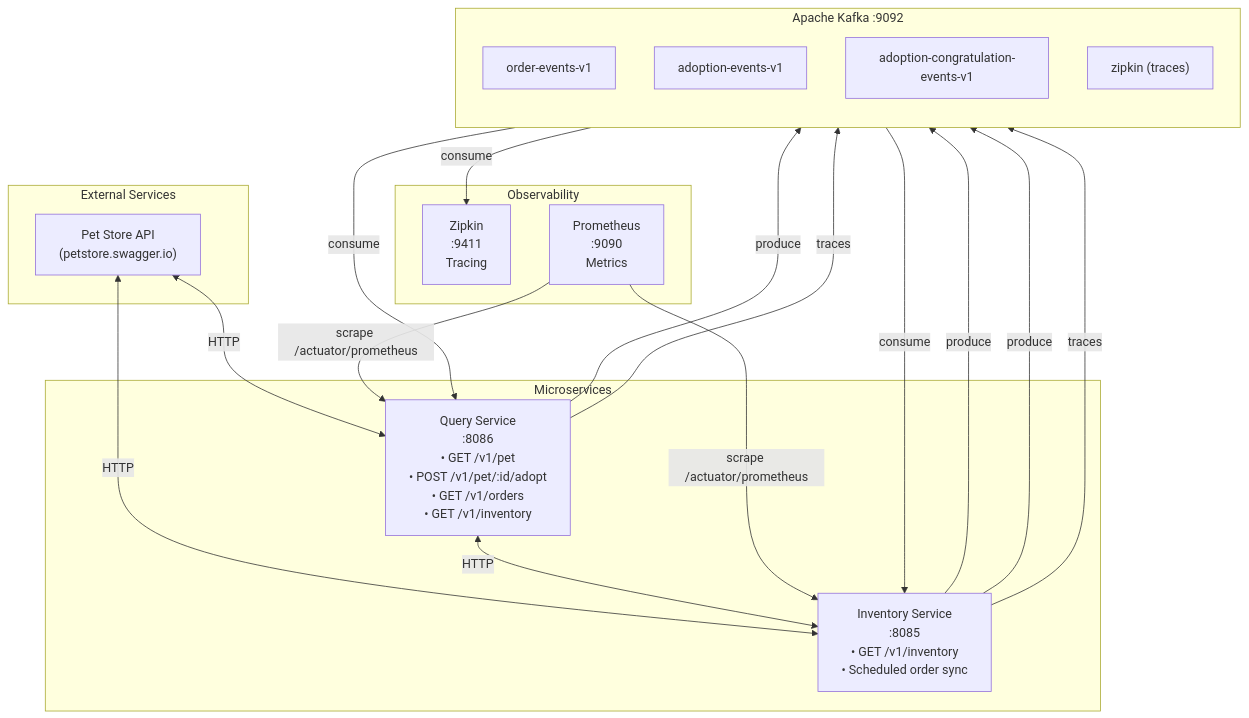
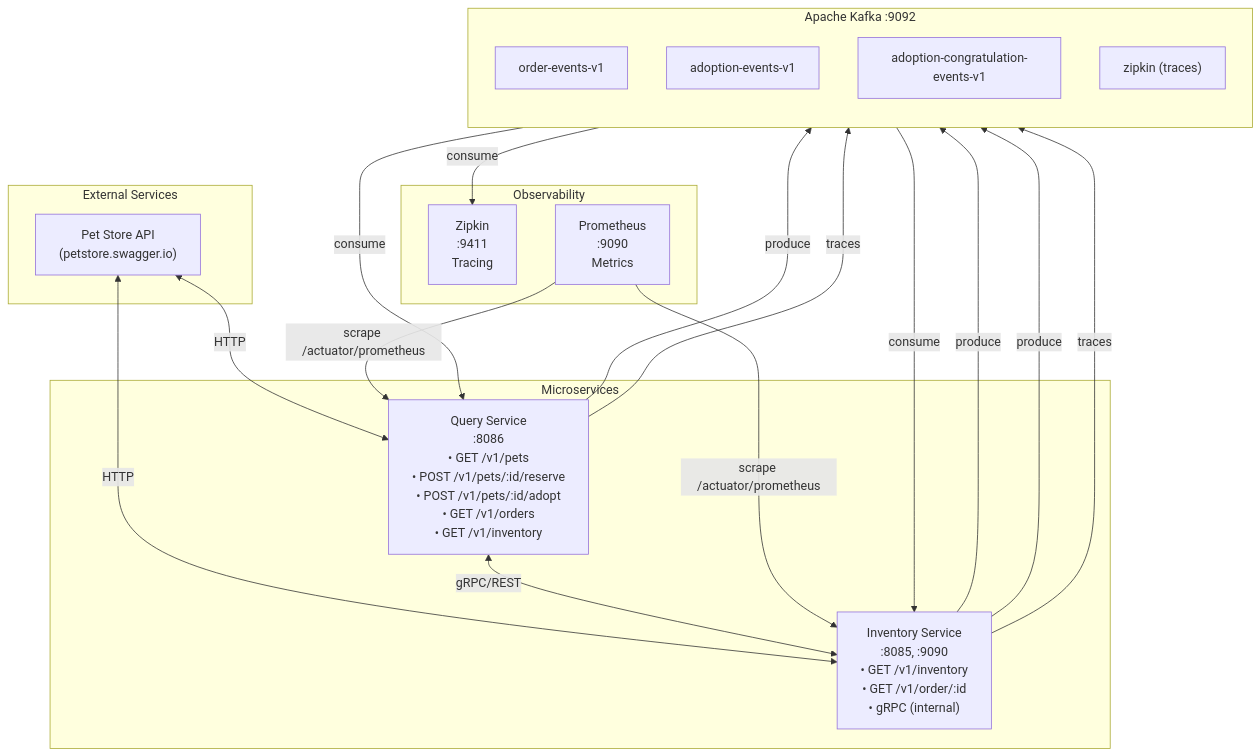
Before and after one commit to hdmsantander/microservices-ops-demo: the diagram in README.md, drawn with Mermaid. The commit also changed other lines of this file and 6 other files, not shown here.

````diff
--- a/README.md
+++ b/README.md
@@ -53,41 +53,41 @@
 ```mermaid
 flowchart TB
     subgraph External["External Services"]
         PetStore["Pet Store API<br/>(petstore.swagger.io)"]
     end
 
     subgraph Microservices["Microservices"]
-        Query["Query Service<br/>:8086<br/>• GET /v1/pet<br/>• POST /v1/pet/:id/adopt<br/>• GET /v1/orders<br/>• GET /v1/inventory"]
-        Inventory["Inventory Service<br/>:8085<br/>• GET /v1/inventory<br/>• Scheduled order sync"]
+        Query["Query Service<br/>:8086<br/>• GET /v1/pets<br/>• POST /v1/pets/:id/reserve<br/>• POST /v1/pets/:id/adopt<br/>• GET /v1/orders<br/>• GET /v1/inventory"]
+        Inventory["Inventory Service<br/>:8085, :9090<br/>• GET /v1/inventory<br/>• GET /v1/order/:id<br/>• gRPC (internal)"]
     end
 
     subgraph Kafka["Apache Kafka :9092"]
         direction TB
         OE["order-events-v1"]
         AE["adoption-events-v1"]
         ACE["adoption-congratulation-events-v1"]
         ZipkinTopic["zipkin (traces)"]
     end
 
     subgraph Observability["Observability"]
         Zipkin["Zipkin<br/>:9411<br/>Tracing"]
         Prometheus["Prometheus<br/>:9090<br/>Metrics"]
     end
 
     PetStore <-->|HTTP| Query
     PetStore <-->|HTTP| Inventory
-    Query <-->|HTTP| Inventory
+    Query <-->|gRPC/REST| Inventory
 
     Inventory -->|produce| OE
     OE -->|consume| Query
     Query -->|produce| AE
     AE -->|consume| Inventory
     Inventory -->|produce| ACE
 
     Query -->|traces| ZipkinTopic
     Inventory -->|traces| ZipkinTopic
     ZipkinTopic -->|consume| Zipkin
 
     Prometheus -->|scrape /actuator/prometheus| Query
     Prometheus -->|scrape /actuator/prometheus| Inventory
 ```
````
